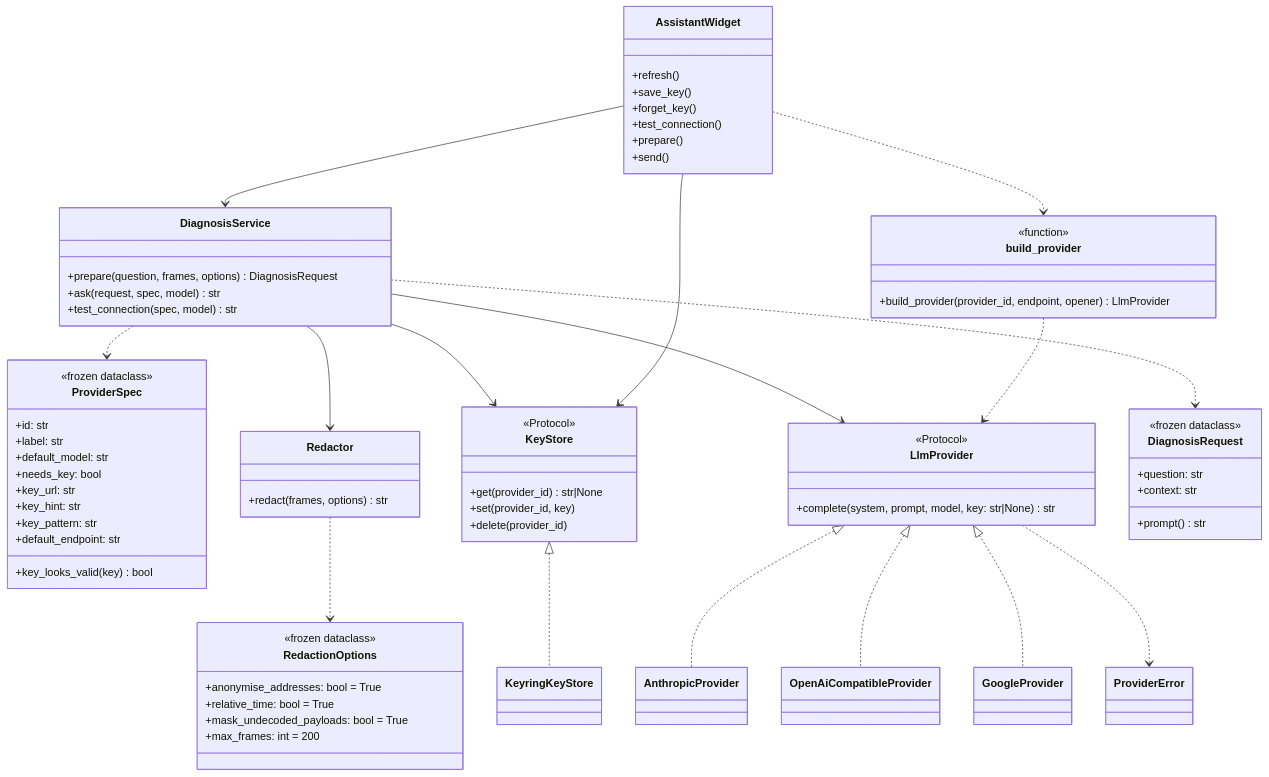
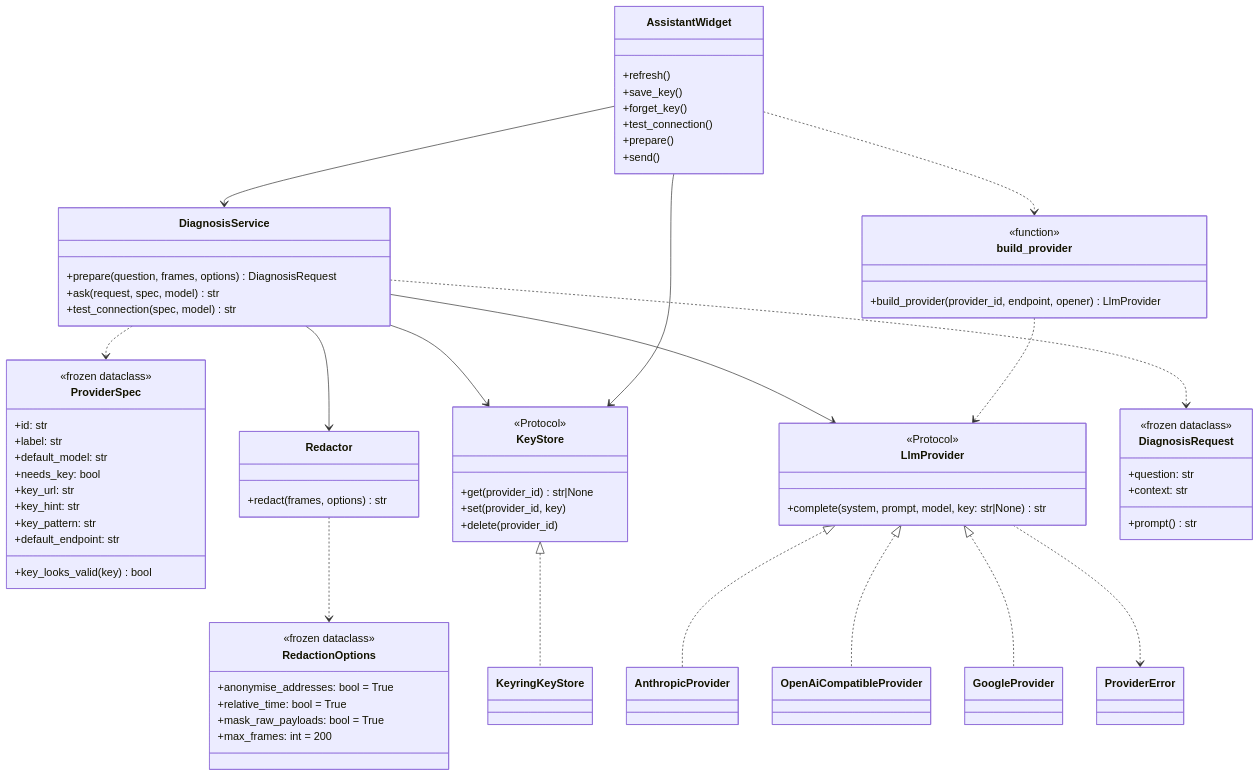
Before and after one commit to benoit-bremaud/busscope: the diagram in docs/architecture/diagrams/ai-assistant/03-class.md, drawn with Mermaid. The commit also changed 10 other files, not shown here.

First line of the commit message:
fix(ai): mask every raw payload, void stale answers, reveal controls progressively

````diff
--- a/docs/architecture/diagrams/ai-assistant/03-class.md
+++ b/docs/architecture/diagrams/ai-assistant/03-class.md
@@ -3,79 +3,79 @@
 ```mermaid
 classDiagram
     class ProviderSpec {
         <<frozen dataclass>>
         +id: str
         +label: str
         +default_model: str
         +needs_key: bool
         +key_url: str
         +key_hint: str
         +key_pattern: str
         +default_endpoint: str
         +key_looks_valid(key) bool
     }
     class LlmProvider {
         <<Protocol>>
         +complete(system, prompt, model, key: str|None) str
     }
     class KeyStore {
         <<Protocol>>
         +get(provider_id) str|None
         +set(provider_id, key)
         +delete(provider_id)
     }
     class RedactionOptions {
         <<frozen dataclass>>
         +anonymise_addresses: bool = True
         +relative_time: bool = True
-        +mask_undecoded_payloads: bool = True
+        +mask_raw_payloads: bool = True
         +max_frames: int = 200
     }
     class Redactor {
         +redact(frames, options) str
     }
     class DiagnosisRequest {
         <<frozen dataclass>>
         +question: str
         +context: str
         +prompt() str
     }
     class DiagnosisService {
         +prepare(question, frames, options) DiagnosisRequest
         +ask(request, spec, model) str
         +test_connection(spec, model) str
     }
     class ProviderError
     class AnthropicProvider
     class OpenAiCompatibleProvider
     class GoogleProvider
     class KeyringKeyStore
     class AssistantWidget {
         +refresh()
         +save_key()
         +forget_key()
         +test_connection()
         +prepare()
         +send()
     }
     class build_provider {
         <<function>>
         +build_provider(provider_id, endpoint, opener) LlmProvider
     }
 
     AssistantWidget --> DiagnosisService
     AssistantWidget --> KeyStore
     AssistantWidget ..> build_provider
     build_provider ..> LlmProvider
     DiagnosisService --> Redactor
     DiagnosisService --> KeyStore
     DiagnosisService --> LlmProvider
     DiagnosisService ..> ProviderSpec
     DiagnosisService ..> DiagnosisRequest
     Redactor ..> RedactionOptions
     LlmProvider <|.. AnthropicProvider
     LlmProvider <|.. OpenAiCompatibleProvider
     LlmProvider <|.. GoogleProvider
     KeyStore <|.. KeyringKeyStore
     LlmProvider ..> ProviderError
 ```
````
